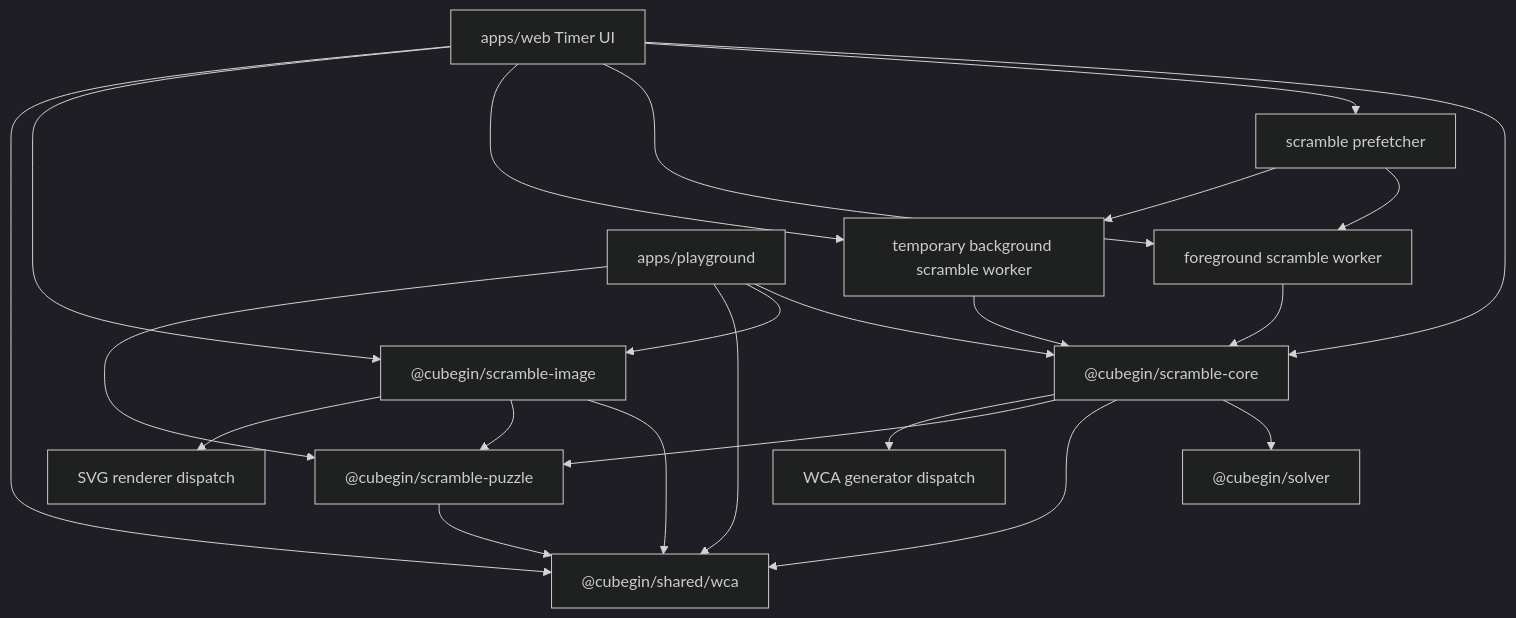
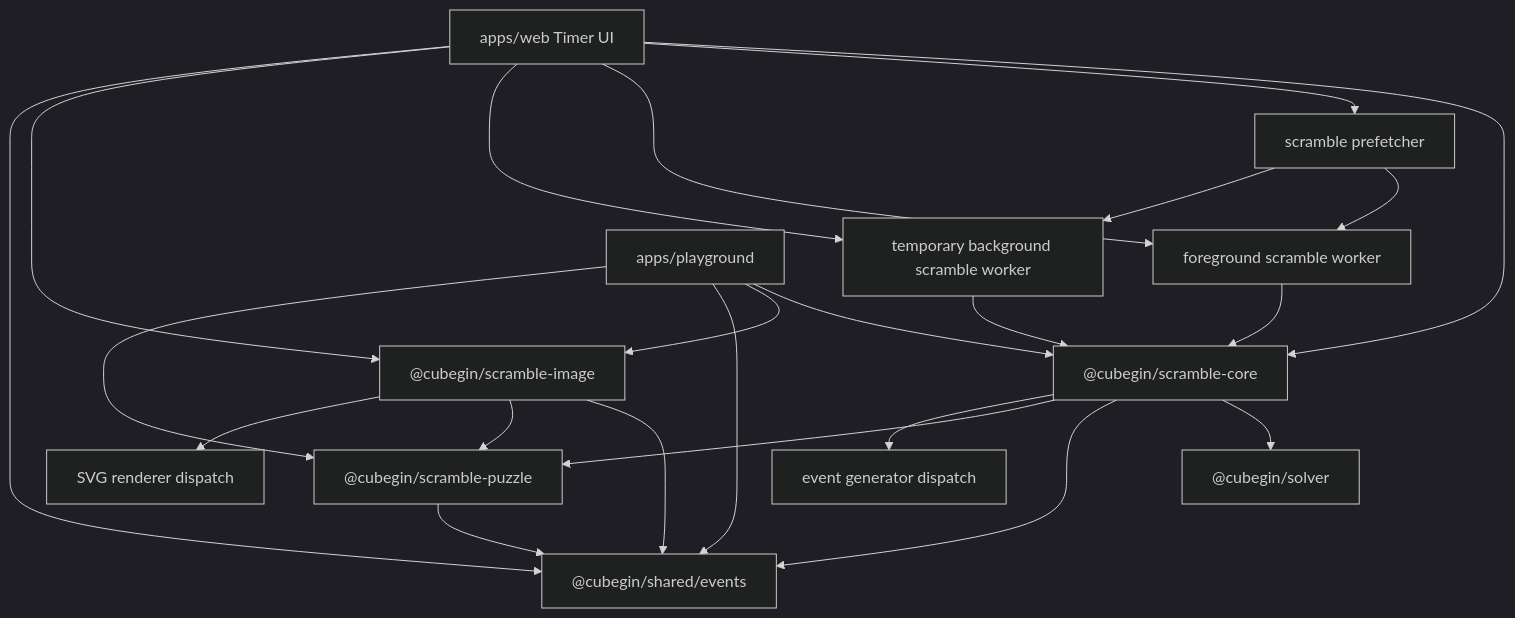
One commit to deweyou/cube-kit changed the diagram in docs/scramble-runtime.md. Above: the diagram before and after it, drawn with Mermaid (dark theme). The commit also changed other lines of this file and 121 other files, not shown here.

````diff
--- a/docs/scramble-runtime.md
+++ b/docs/scramble-runtime.md
@@ -3,25 +3,25 @@
 ```mermaid
 flowchart TD
     UI["apps/web Timer UI"] --> Core["@cubegin/scramble-core"]
     UI --> Prefetch["scramble prefetcher"]
     UI --> ForegroundWorker["foreground scramble worker"]
     UI --> BackgroundWorker["temporary background scramble worker"]
     Prefetch --> ForegroundWorker
     Prefetch --> BackgroundWorker
     ForegroundWorker --> Core
     BackgroundWorker --> Core
     UI --> Image["@cubegin/scramble-image"]
-    UI --> Shared["@cubegin/shared/wca"]
+    UI --> Shared["@cubegin/shared/events"]
     Playground["apps/playground"] --> Core
     Playground --> Image
     Playground --> Shared
     Playground --> Puzzle
     Core --> Solver["@cubegin/solver"]
     Puzzle["@cubegin/scramble-puzzle"] --> Shared
     Core --> Shared
     Core --> Puzzle
     Image --> Shared
     Image --> Puzzle
-    Core --> Generators["WCA generator dispatch"]
+    Core --> Generators["event generator dispatch"]
     Image --> Renderers["SVG renderer dispatch"]
 ```
````
